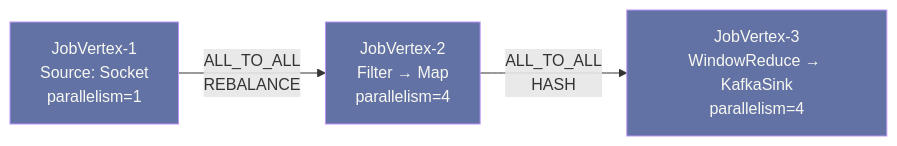
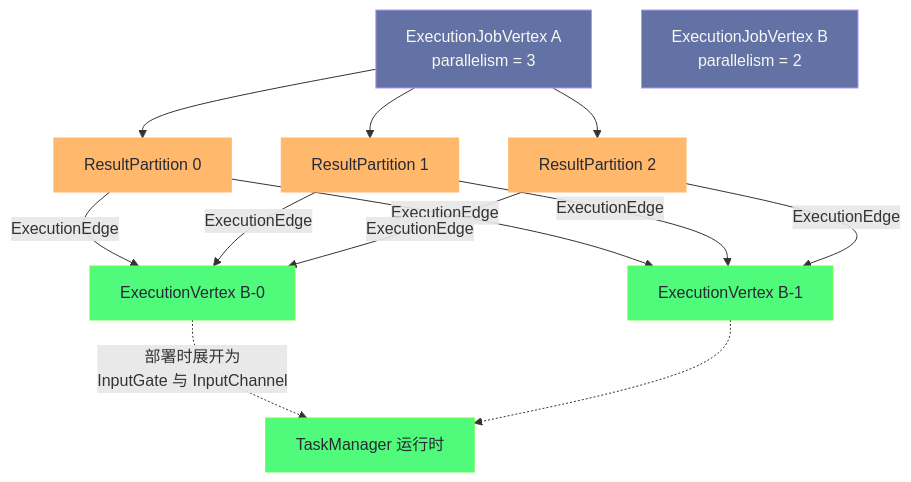
Before and after one commit to hpliStartAgain/my-brain: the fourth of 5 diagrams in content/大数据/Flink/Flink原理深度解析与性能优化/02 从 StreamGraph 到 JobGraph 再到 ExecutionGraph.md, drawn with Mermaid. The commit also changed other lines of this file and 455 other files, not shown here.

````diff
--- a/content/大数据/Flink/Flink原理深度解析与性能优化/02 从 StreamGraph 到 JobGraph 再到 ExecutionGraph.md
+++ b/content/大数据/Flink/Flink原理深度解析与性能优化/02 从 StreamGraph 到 JobGraph 再到 ExecutionGraph.md
@@ -193,13 +431,29 @@
 ```mermaid
 %%{init: {'theme': 'dracula'}}%%
-graph LR
+graph TD
     classDef jv fill:#6272a4,stroke:#bd93f9,color:#f8f8f2
-    classDef edge fill:#ffb86c,stroke:#ffb86c,color:#282a36
+    classDef part fill:#ffb86c,stroke:#ffb86c,color:#282a36
+    classDef ev fill:#50fa7b,stroke:#69ff47,color:#282a36
 
-    JV1["JobVertex-1</br>Source: Socket</br>parallelism=1"]:::jv
-    JV2["JobVertex-2</br>Filter → Map</br>parallelism=4"]:::jv
-    JV3["JobVertex-3</br>WindowReduce → KafkaSink</br>parallelism=4"]:::jv
+    EJ1["ExecutionJobVertex A<br/>parallelism = 3"]:::jv
+    EJ2["ExecutionJobVertex B<br/>parallelism = 2"]:::jv
 
-    JV1 -->|"ALL_TO_ALL</br>REBALANCE"| JV2
-    JV2 -->|"ALL_TO_ALL</br>HASH"| JV3
+    P0["ResultPartition 0"]:::part
+    P1["ResultPartition 1"]:::part
+    P2["ResultPartition 2"]:::part
+
+    EV0["ExecutionVertex B-0"]:::ev
+    EV1["ExecutionVertex B-1"]:::ev
+
+    EJ1 --> P0
+    EJ1 --> P1
+    EJ1 --> P2
+    P0 -->|ExecutionEdge| EV0
+    P0 -->|ExecutionEdge| EV1
+    P1 -->|ExecutionEdge| EV0
+    P1 -->|ExecutionEdge| EV1
+    P2 -->|ExecutionEdge| EV0
+    P2 -->|ExecutionEdge| EV1
+    EV0 -.->|"部署时展开为<br/>InputGate 与 InputChannel"| TM["TaskManager 运行时"]:::ev
+    EV1 -.-> TM
 ```
````
